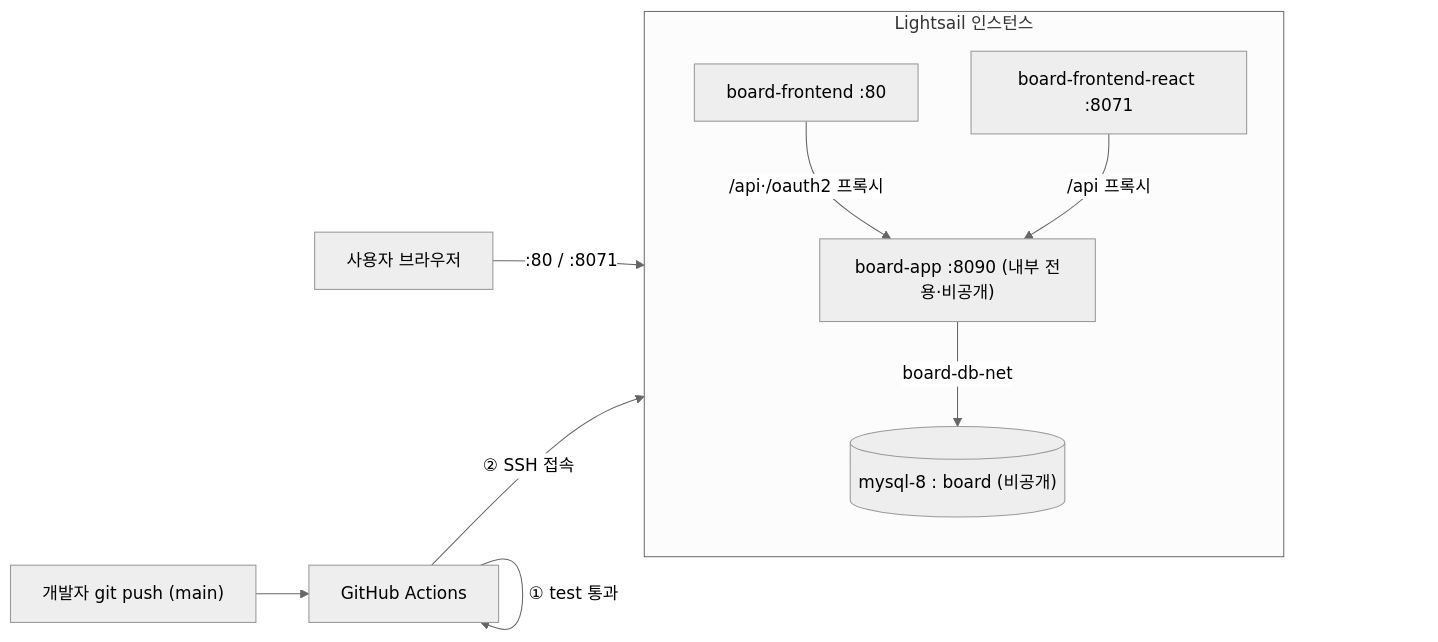
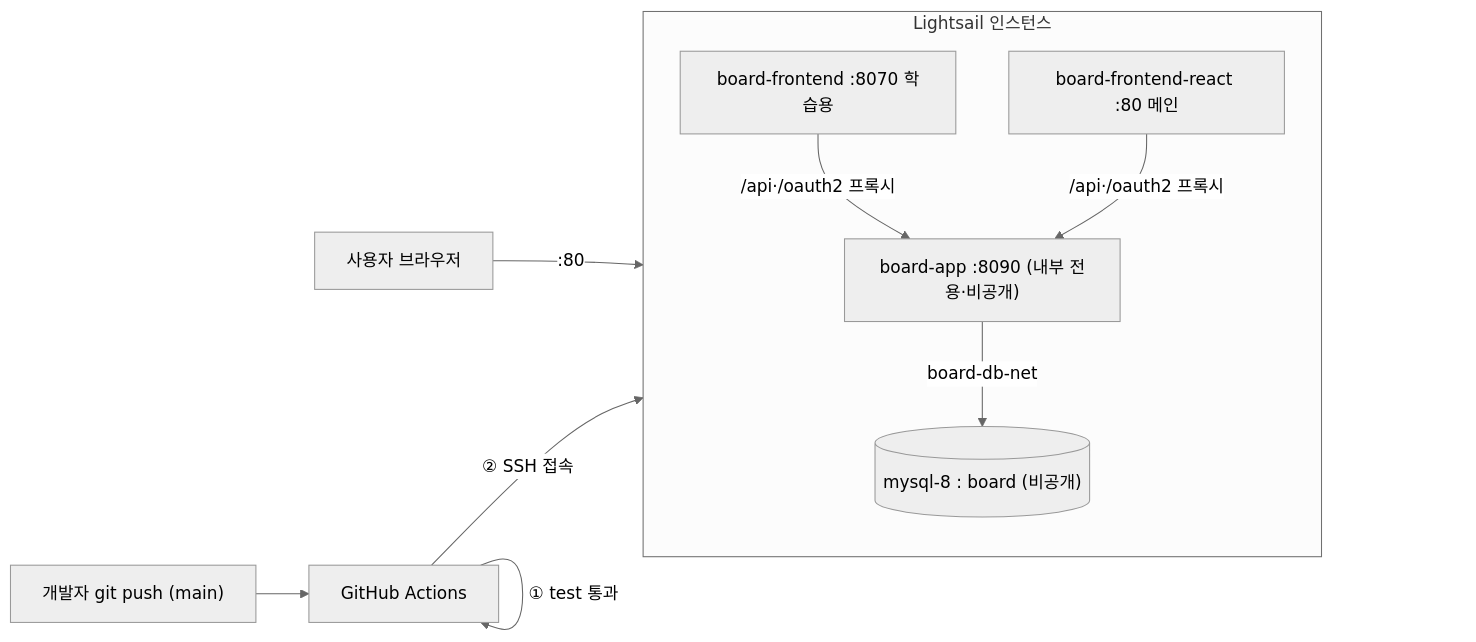
Before and after one commit to icesnake72/boards: the diagram in docs/lecture/DEPLOY-LIGHTSAIL.md, drawn with Mermaid (neutral theme). The commit also changed other lines of this file and 5 other files, not shown here.

````diff
--- a/docs/lecture/DEPLOY-LIGHTSAIL.md
+++ b/docs/lecture/DEPLOY-LIGHTSAIL.md
@@ -19,12 +19,12 @@
 ```mermaid
 flowchart LR
   DEV["개발자 git push (main)"] --> GH["GitHub Actions"]
   GH -->|"① test 통과"| GH
   GH -->|"② SSH 접속"| LS["Lightsail 3.34.173.34"]
   subgraph LS["Lightsail 인스턴스"]
     APP["board-app :8090 (내부 전용·비공개)"] -->|"board-db-net"| DB[("mysql-8 : board (비공개)")]
-    FE1["board-frontend :80"] -->|"/api·/oauth2 프록시"| APP
-    FE2["board-frontend-react :8071"] -->|"/api 프록시"| APP
+    FE1["board-frontend :8070 학습용"] -->|"/api·/oauth2 프록시"| APP
+    FE2["board-frontend-react :80 메인"] -->|"/api·/oauth2 프록시"| APP
   end
-  USER["사용자 브라우저"] -->|":80 / :8071"| LS
+  USER["사용자 브라우저"] -->|":80"| LS
 ```
````
